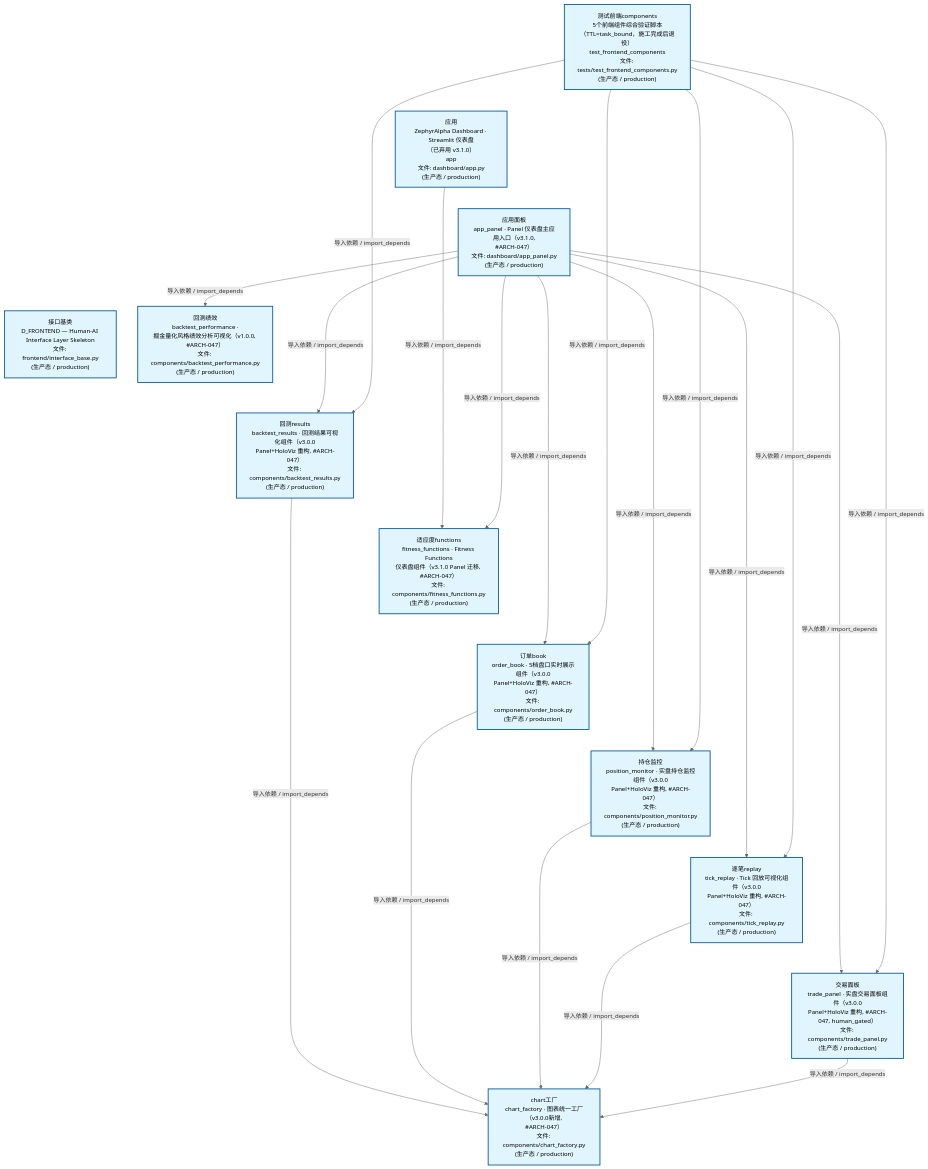
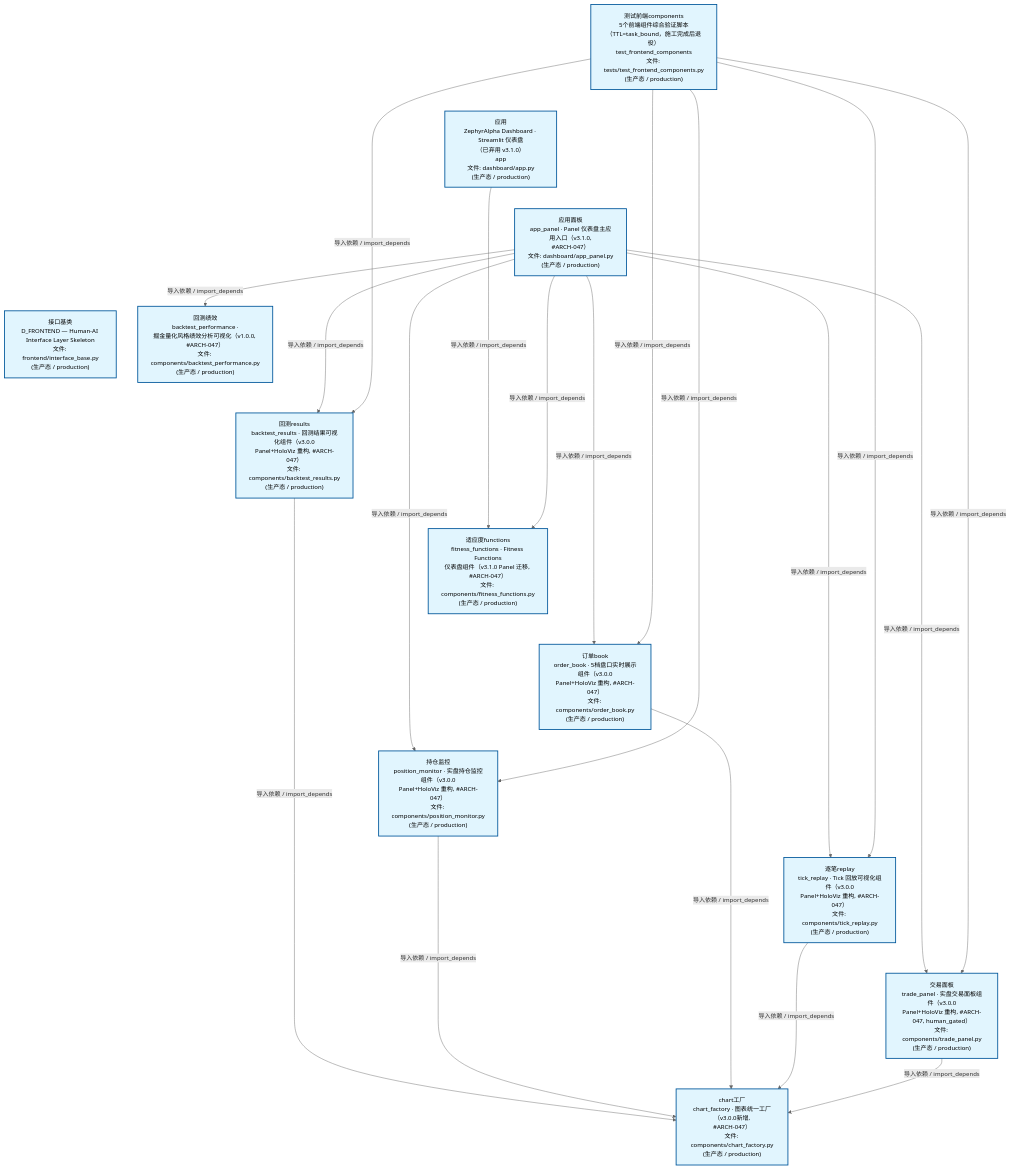
The second of 4 diagrams in docs/02_enterprise_architecture/02_domain_architecture_docs/47_d_frontend.md (xuanFelixVan/ZephyrAlpha), drawn with Mermaid before and after one commit. The commit also changed other lines of this file and 43 other files, not shown here.

````diff
--- a/docs/02_enterprise_architecture/02_domain_architecture_docs/47_d_frontend.md
+++ b/docs/02_enterprise_architecture/02_domain_architecture_docs/47_d_frontend.md
@@ -124,48 +124,48 @@
 ```mermaid
 %%{init: {'theme': 'base', 'themeVariables': {'primaryColor': '#eaeaea', 'primaryTextColor': '#333333', 'primaryBorderColor': '#666666', 'lineColor': '#666666', 'secondaryColor': '#eaeaea', 'tertiaryColor': '#eaeaea', 'fontSize': '14px'}}}%%
 flowchart TD
     scripts_tests_test_frontend_components_py["测试前端components<br/>5个前端组件综合验证脚本<br/>（TTL=task_bound，施工完成后退役）<br/>test_frontend_components<br/>文件: tests/test_frontend_components.py<br/>(生产态 / production)"]
     src_zephyr_frontend_dashboard_app_py["应用<br/>ZephyrAlpha Dashboard · Streamlit 仪表盘<br/>（已弃用 v3.1.0）<br/>app<br/>文件: dashboard/app.py<br/>(生产态 / production)"]
     src_zephyr_frontend_dashboard_app_panel_py["应用面板<br/>app_panel · Panel 仪表盘主应用入口（v3.1.0,<br/>#ARCH-047）<br/>文件: dashboard/app_panel.py<br/>(生产态 / production)"]
     src_zephyr_frontend_interface_base_py["接口基类<br/>D_FRONTEND — Human-AI Interface Layer Skeleton<br/>文件: frontend/interface_base.py<br/>(生产态 / production)"]
     scripts_tests_test_frontend_components_py ~~~ src_zephyr_frontend_dashboard_app_py
     src_zephyr_frontend_dashboard_app_py ~~~ src_zephyr_frontend_dashboard_app_panel_py
     src_zephyr_frontend_dashboard_app_panel_py ~~~ src_zephyr_frontend_interface_base_py
     src_zephyr_frontend_dashboard_components_backtest_performance_py["回测绩效<br/>backtest_performance ·<br/>掘金量化风格绩效分析可视化（v1.0.0, #ARCH-047）<br/>文件: components/backtest_performance.py<br/>(生产态 / production)"]
     src_zephyr_frontend_dashboard_components_backtest_results_py["回测results<br/>backtest_results · 回测结果可视化组件（v3.0.0<br/>Panel+HoloViz 重构, #ARCH-047）<br/>文件: components/backtest_results.py<br/>(生产态 / production)"]
     src_zephyr_frontend_dashboard_components_fitness_functions_py["适应度functions<br/>fitness_functions · Fitness Functions<br/>仪表盘组件（v3.1.0 Panel 迁移, #ARCH-047）<br/>文件: components/fitness_functions.py<br/>(生产态 / production)"]
     src_zephyr_frontend_dashboard_components_order_book_py["订单book<br/>order_book · 5档盘口实时展示组件（v3.0.0<br/>Panel+HoloViz 重构, #ARCH-047）<br/>文件: components/order_book.py<br/>(生产态 / production)"]
     src_zephyr_frontend_dashboard_components_position_monitor_py["持仓监控<br/>position_monitor · 实盘持仓监控组件（v3.0.0<br/>Panel+HoloViz 重构, #ARCH-047）<br/>文件: components/position_monitor.py<br/>(生产态 / production)"]
     src_zephyr_frontend_dashboard_components_tick_replay_py["逐笔replay<br/>tick_replay · Tick 回放可视化组件（v3.0.0<br/>Panel+HoloViz 重构, #ARCH-047）<br/>文件: components/tick_replay.py<br/>(生产态 / production)"]
     src_zephyr_frontend_dashboard_components_trade_panel_py["交易面板<br/>trade_panel · 实盘交易面板组件（v3.0.0<br/>Panel+HoloViz 重构, #ARCH-047, human_gated）<br/>文件: components/trade_panel.py<br/>(生产态 / production)"]
     src_zephyr_frontend_dashboard_components_backtest_performance_py ~~~ src_zephyr_frontend_dashboard_components_backtest_results_py
     src_zephyr_frontend_dashboard_components_backtest_results_py ~~~ src_zephyr_frontend_dashboard_components_fitness_functions_py
     src_zephyr_frontend_dashboard_components_fitness_functions_py ~~~ src_zephyr_frontend_dashboard_components_order_book_py
     src_zephyr_frontend_dashboard_components_order_book_py ~~~ src_zephyr_frontend_dashboard_components_position_monitor_py
     src_zephyr_frontend_dashboard_components_position_monitor_py ~~~ src_zephyr_frontend_dashboard_components_tick_replay_py
     src_zephyr_frontend_dashboard_components_tick_replay_py ~~~ src_zephyr_frontend_dashboard_components_trade_panel_py
     src_zephyr_frontend_dashboard_components_chart_factory_py["chart工厂<br/>chart_factory · 图表统一工厂（v3.0.0新增,<br/>#ARCH-047）<br/>文件: components/chart_factory.py<br/>(生产态 / production)"]
     src_zephyr_frontend_dashboard_app_py -->|导入依赖 / import_depends| src_zephyr_frontend_dashboard_components_fitness_functions_py
-    src_zephyr_frontend_dashboard_components_backtest_results_py -->|导入依赖 / import_depends| src_zephyr_frontend_dashboard_components_chart_factory_py
     src_zephyr_frontend_dashboard_app_panel_py -->|导入依赖 / import_depends| src_zephyr_frontend_dashboard_components_backtest_performance_py
+    src_zephyr_frontend_dashboard_app_panel_py -->|导入依赖 / import_depends| src_zephyr_frontend_dashboard_components_fitness_functions_py
     src_zephyr_frontend_dashboard_app_panel_py -->|导入依赖 / import_depends| src_zephyr_frontend_dashboard_components_backtest_results_py
-    src_zephyr_frontend_dashboard_app_panel_py -->|导入依赖 / import_depends| src_zephyr_frontend_dashboard_components_fitness_functions_py
+    src_zephyr_frontend_dashboard_app_panel_py -->|导入依赖 / import_depends| src_zephyr_frontend_dashboard_components_position_monitor_py
     src_zephyr_frontend_dashboard_app_panel_py -->|导入依赖 / import_depends| src_zephyr_frontend_dashboard_components_order_book_py
-    src_zephyr_frontend_dashboard_app_panel_py -->|导入依赖 / import_depends| src_zephyr_frontend_dashboard_components_position_monitor_py
     src_zephyr_frontend_dashboard_app_panel_py -->|导入依赖 / import_depends| src_zephyr_frontend_dashboard_components_tick_replay_py
     src_zephyr_frontend_dashboard_app_panel_py -->|导入依赖 / import_depends| src_zephyr_frontend_dashboard_components_trade_panel_py
+    src_zephyr_frontend_dashboard_components_backtest_results_py -->|导入依赖 / import_depends| src_zephyr_frontend_dashboard_components_chart_factory_py
+    src_zephyr_frontend_dashboard_components_position_monitor_py -->|导入依赖 / import_depends| src_zephyr_frontend_dashboard_components_chart_factory_py
     src_zephyr_frontend_dashboard_components_order_book_py -->|导入依赖 / import_depends| src_zephyr_frontend_dashboard_components_chart_factory_py
-    src_zephyr_frontend_dashboard_components_position_monitor_py -->|导入依赖 / import_depends| src_zephyr_frontend_dashboard_components_chart_factory_py
     src_zephyr_frontend_dashboard_components_tick_replay_py -->|导入依赖 / import_depends| src_zephyr_frontend_dashboard_components_chart_factory_py
     src_zephyr_frontend_dashboard_components_trade_panel_py -->|导入依赖 / import_depends| src_zephyr_frontend_dashboard_components_chart_factory_py
     scripts_tests_test_frontend_components_py -->|导入依赖 / import_depends| src_zephyr_frontend_dashboard_components_backtest_results_py
+    scripts_tests_test_frontend_components_py -->|导入依赖 / import_depends| src_zephyr_frontend_dashboard_components_position_monitor_py
     scripts_tests_test_frontend_components_py -->|导入依赖 / import_depends| src_zephyr_frontend_dashboard_components_order_book_py
-    scripts_tests_test_frontend_components_py -->|导入依赖 / import_depends| src_zephyr_frontend_dashboard_components_position_monitor_py
     scripts_tests_test_frontend_components_py -->|导入依赖 / import_depends| src_zephyr_frontend_dashboard_components_tick_replay_py
     scripts_tests_test_frontend_components_py -->|导入依赖 / import_depends| src_zephyr_frontend_dashboard_components_trade_panel_py
     classDef production fill:#e1f5fe,stroke:#01579b,stroke-width:2px,color:#000
     classDef design fill:#fff3e0,stroke:#e65100,stroke-width:2px,color:#000,stroke-dasharray: 5 5
     classDef external_prod fill:#e8f4fd,stroke:#0277bd,stroke-width:1px,color:#000
     classDef external_design fill:#fff8e7,stroke:#ef6c00,stroke-width:1px,color:#000,stroke-dasharray: 5 5
     class scripts_tests_test_frontend_components_py,src_zephyr_frontend_dashboard_app_py,src_zephyr_frontend_dashboard_app_panel_py,src_zephyr_frontend_dashboard_components_backtest_performance_py,src_zephyr_frontend_dashboard_components_backtest_results_py,src_zephyr_frontend_dashboard_components_chart_factory_py,src_zephyr_frontend_dashboard_components_fitness_functions_py,src_zephyr_frontend_dashboard_components_order_book_py,src_zephyr_frontend_dashboard_components_position_monitor_py,src_zephyr_frontend_dashboard_components_tick_replay_py,src_zephyr_frontend_dashboard_components_trade_panel_py,src_zephyr_frontend_interface_base_py production
 ```
````
